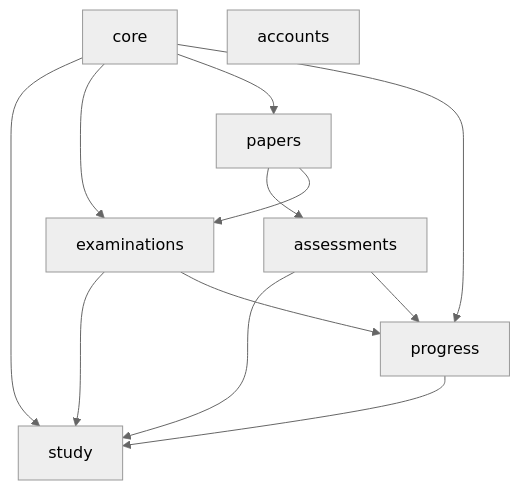
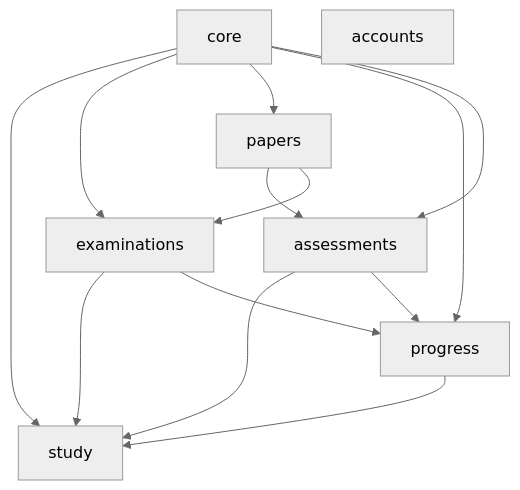
Before and after one commit to nrstatlab/planning-for-future: the second of 4 diagrams in Webapp/ARCHITECTURE.md, drawn with Mermaid (neutral theme). The commit also changed other lines of this file and 1 other file, not shown here.

First line of the commit message:
Webapp: record Phase 3 in the architecture

````diff
--- a/Webapp/ARCHITECTURE.md
+++ b/Webapp/ARCHITECTURE.md
@@ -82,9 +82,9 @@
 ```mermaid
 flowchart TB
-  core --> study & examinations & papers & progress
+  core --> study & examinations & papers & progress & assessments
   accounts
   examinations --> study & progress
   papers --> assessments & examinations
   assessments --> study & progress
   progress --> study
 ```
````
